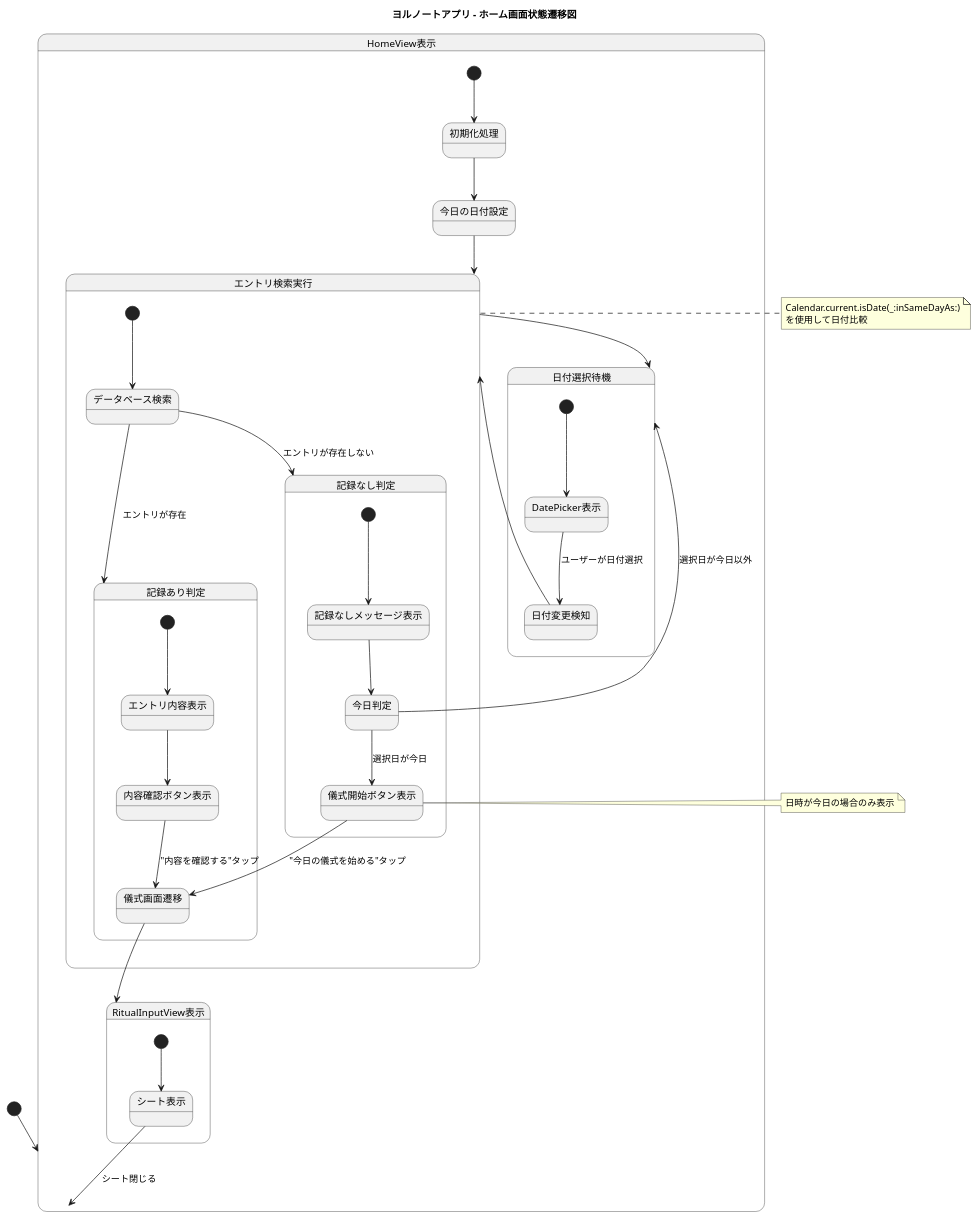
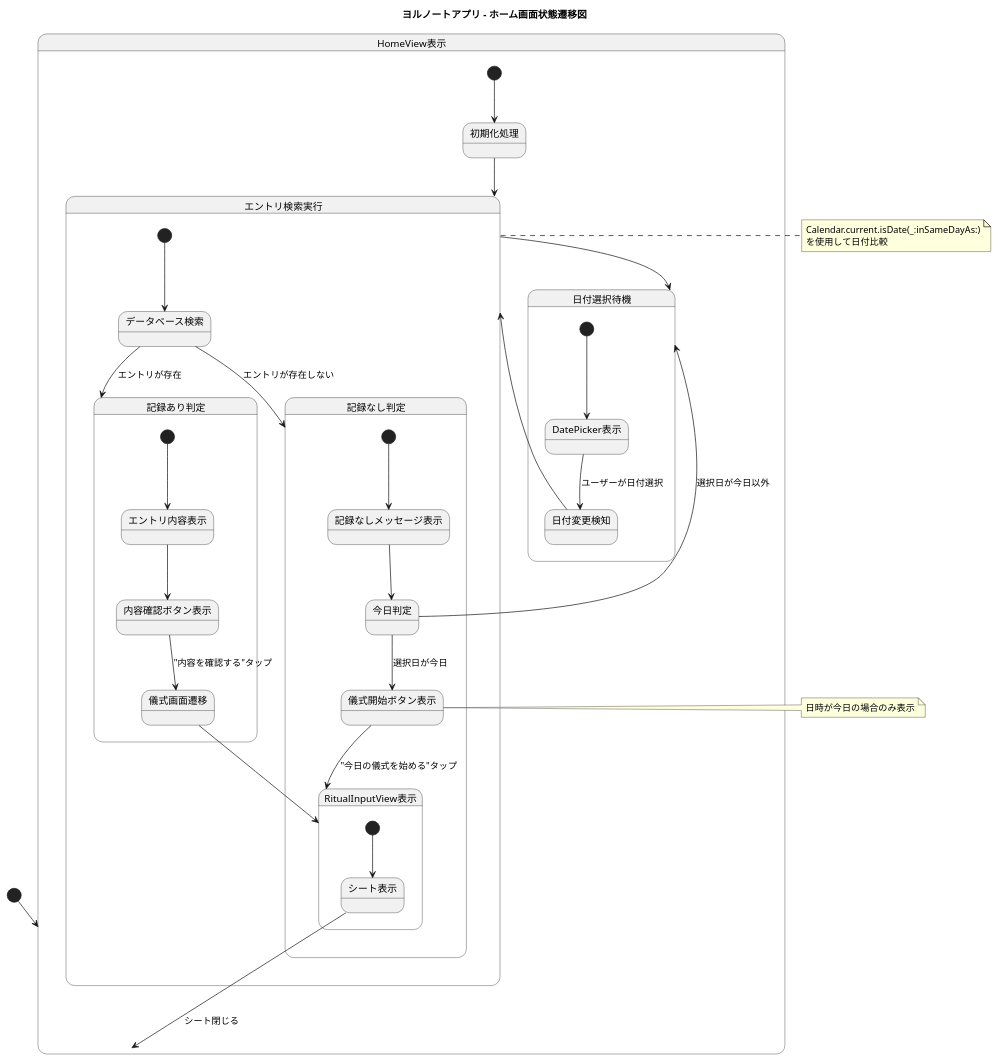
Before and after one commit to yamato3010/yorunote: the diagram in docs/state_diagrams/home_view_state.puml, drawn with PlantUML.

Commit message:
docs: 📝 状態説明文書を微修正

```diff
--- a/docs/state_diagrams/home_view_state.puml
+++ b/docs/state_diagrams/home_view_state.puml
@@ -1,56 +1,55 @@
 @startuml ホーム画面状態遷移図
 
 title ヨルノートアプリ - ホーム画面状態遷移図
 
 [*] --> HomeView表示
 
 state HomeView表示 {
     [*] --> 初期化処理
-    初期化処理 --> 今日の日付設定
-    今日の日付設定 --> エントリ検索実行
+    初期化処理 --> エントリ検索実行
     エントリ検索実行 --> 日付選択待機
     
     state 日付選択待機 {
         [*] --> DatePicker表示
         DatePicker表示 --> 日付変更検知 : ユーザーが日付選択
         日付変更検知 --> エントリ検索実行
     }
     
     state エントリ検索実行 {
         [*] --> データベース検索
         データベース検索 --> 記録あり判定 : エントリが存在
         データベース検索 --> 記録なし判定 : エントリが存在しない
     }
     
     state 記録あり判定 {
         [*] --> エントリ内容表示
         エントリ内容表示 --> 内容確認ボタン表示
         内容確認ボタン表示 --> 儀式画面遷移 : "内容を確認する"タップ
     }
     
     state 記録なし判定 {
         [*] --> 記録なしメッセージ表示
         記録なしメッセージ表示 --> 今日判定
         今日判定 --> 儀式開始ボタン表示 : 選択日が今日
         今日判定 --> 日付選択待機 : 選択日が今日以外
-        儀式開始ボタン表示 --> 儀式画面遷移 : "今日の儀式を始める"タップ
+        儀式開始ボタン表示 --> RitualInputView表示 : "今日の儀式を始める"タップ
     }
     
     儀式画面遷移 --> RitualInputView表示
 }
 
 state RitualInputView表示 {
     [*] --> シート表示
     シート表示 --> HomeView表示 : シート閉じる
 }
 
 note right of エントリ検索実行
   Calendar.current.isDate(_:inSameDayAs:)
   を使用して日付比較
 end note
 
 note right of 儀式開始ボタン表示
   日時が今日の場合のみ表示
 end note
 
 @enduml
```
